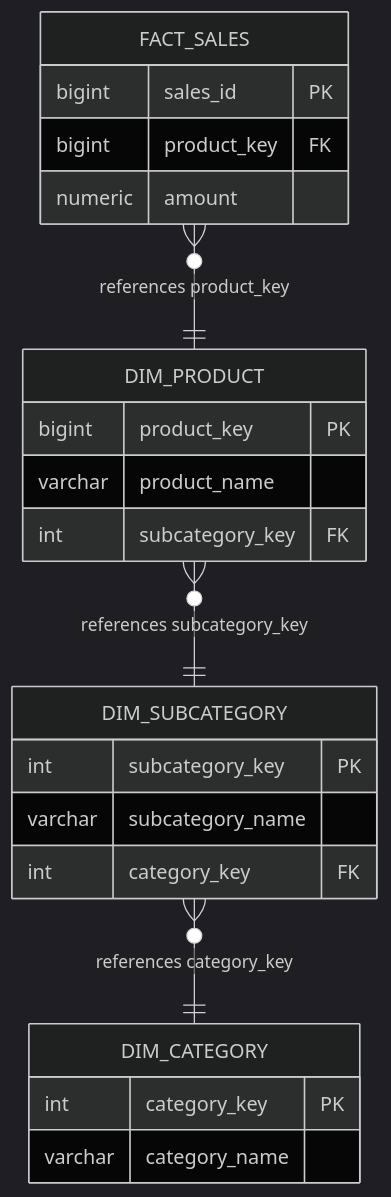
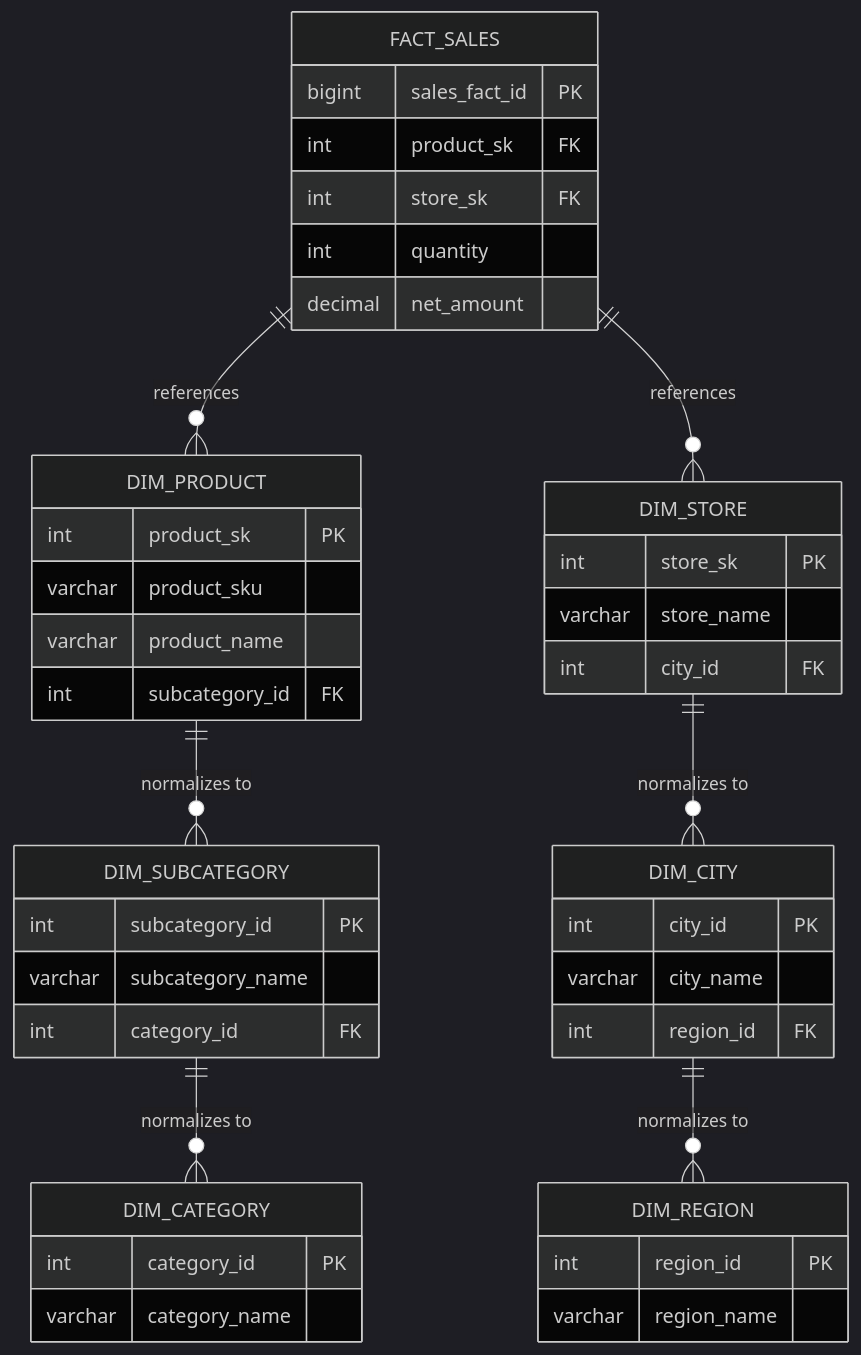
Diagram 15 of 30 in Data Engineering/06_data_architecture_and_modeling.md (joydeep-biswas/Interview-Preparation), drawn with Mermaid before and after one commit. The commit also changed other lines of this file and 143 other files, not shown here.

````diff
--- a/Data Engineering/06_data_architecture_and_modeling.md
+++ b/Data Engineering/06_data_architecture_and_modeling.md
@@ -640,27 +846,53 @@
 ```mermaid
 %%{init: {'theme': 'dark', 'themeVariables': { 'attributeBackgroundColorOdd': '#1e293b', 'attributeBackgroundColorEven': '#0f172a', 'entityBackgroundColor': '#1e293b', 'entityBorderColor': '#3b82f6', 'entityTextColor': '#ffffff' }}}%%
 erDiagram
-    FACT_SALES }o--|| DIM_PRODUCT : "references product_key"
-    DIM_PRODUCT }o--|| DIM_SUBCATEGORY : "references subcategory_key"
-    DIM_SUBCATEGORY }o--|| DIM_CATEGORY : "references category_key"
+    FACT_SALES ||--o{ DIM_PRODUCT : "references"
+    DIM_PRODUCT ||--o{ DIM_SUBCATEGORY : "normalizes to"
+    DIM_SUBCATEGORY ||--o{ DIM_CATEGORY : "normalizes to"
+    FACT_SALES ||--o{ DIM_STORE : "references"
+    DIM_STORE ||--o{ DIM_CITY : "normalizes to"
+    DIM_CITY ||--o{ DIM_REGION : "normalizes to"
 
     FACT_SALES {
-        bigint sales_id PK
-        bigint product_key FK
-        numeric amount
+        bigint sales_fact_id PK
+        int product_sk FK
+        int store_sk FK
+        int quantity
+        decimal net_amount
     }
+
     DIM_PRODUCT {
-        bigint product_key PK
+        int product_sk PK
+        varchar product_sku
         varchar product_name
-        int subcategory_key FK
+        int subcategory_id FK
     }
+
     DIM_SUBCATEGORY {
-        int subcategory_key PK
+        int subcategory_id PK
         varchar subcategory_name
-        int category_key FK
+        int category_id FK
     }
+
     DIM_CATEGORY {
-        int category_key PK
+        int category_id PK
         varchar category_name
     }
+
+    DIM_STORE {
+        int store_sk PK
+        varchar store_name
+        int city_id FK
+    }
+
+    DIM_CITY {
+        int city_id PK
+        varchar city_name
+        int region_id FK
+    }
+
+    DIM_REGION {
+        int region_id PK
+        varchar region_name
+    }
 ```
````
